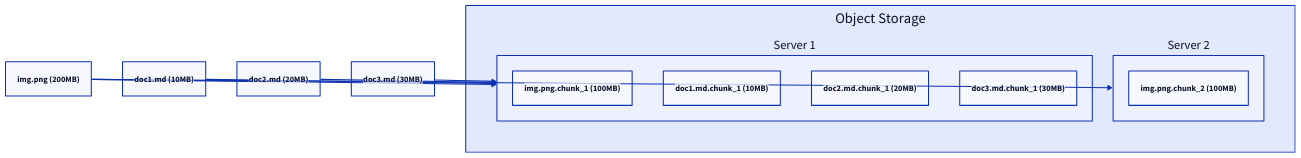
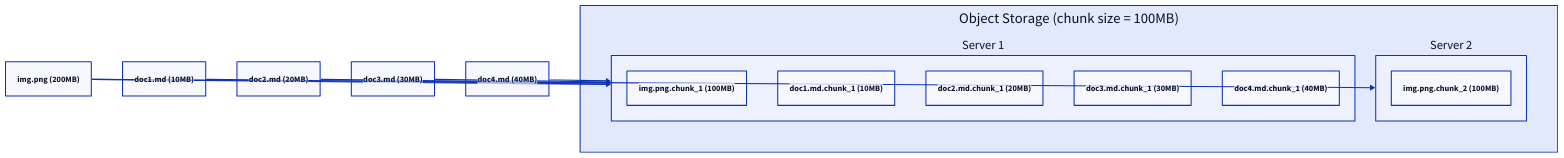
The eighth of 19 diagrams in content/docs/data-persistence/media-storage.md (link1905/system-design-101), drawn with D2 before and after one commit. The commit also changed other lines of this file and 7 other files, not shown here.

````diff
--- a/content/docs/data-persistence/media-storage.md
+++ b/content/docs/data-persistence/media-storage.md
@@ -237,41 +218,26 @@
 ```d2
-f: "img.png (200MB)" {
-  class: file
-}
-d1: "doc1.md (10MB)" {
-  class: file
-}
-d2: "doc2.md (20MB)" {
-  class: file
-}
-d3: "doc3.md (30MB)" {
-  class: file
-}
-o: Object Storage {
+f: "img.png (200MB)" { class: file }
+d1: "doc1.md (10MB)" { class: file }
+d2: "doc2.md (20MB)" { class: file }
+d3: "doc3.md (30MB)" { class: file }
+d4: "doc4.md (40MB)" { class: file }
+o: Object Storage (chunk size = 100MB) {
   grid-rows: 1
   s1: Server 1 {
-    "img.png.chunk_1 (100MB)" {
-      class: file
-    }
-    "doc1.md.chunk_1 (10MB)" {
-      class: file
-    }
-    "doc2.md.chunk_1 (20MB)" {
-      class: file
-    }
-    "doc3.md.chunk_1 (30MB)" {
-      class: file
-    }
+    "img.png.chunk_1 (100MB)" { class: file }
+    "doc1.md.chunk_1 (10MB)" { class: file }
+    "doc2.md.chunk_1 (20MB)" { class: file }
+    "doc3.md.chunk_1 (30MB)" { class: file }
+    "doc4.md.chunk_1 (40MB)" { class: file }
   }
   s2: Server 2 {
-    "img.png.chunk_2 (100MB)" {
-      class: file
-    }
+    "img.png.chunk_2 (100MB)" { class: file }
   }
 }
 f -> o.s1
 d1 -> o.s1
 d2 -> o.s1
 d3 -> o.s1
+d4 -> o.s1
 f -> o.s2
 ```
````
